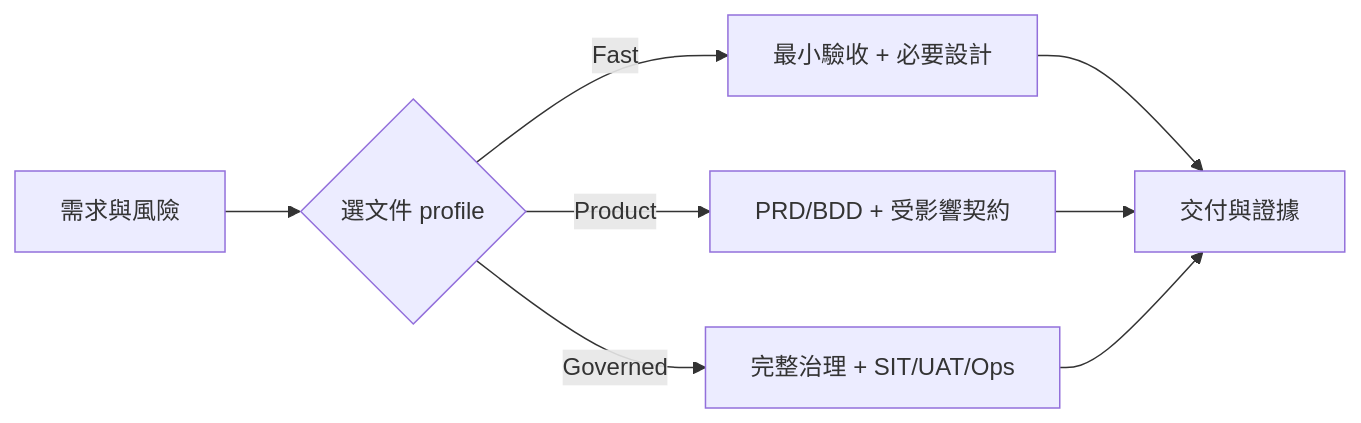
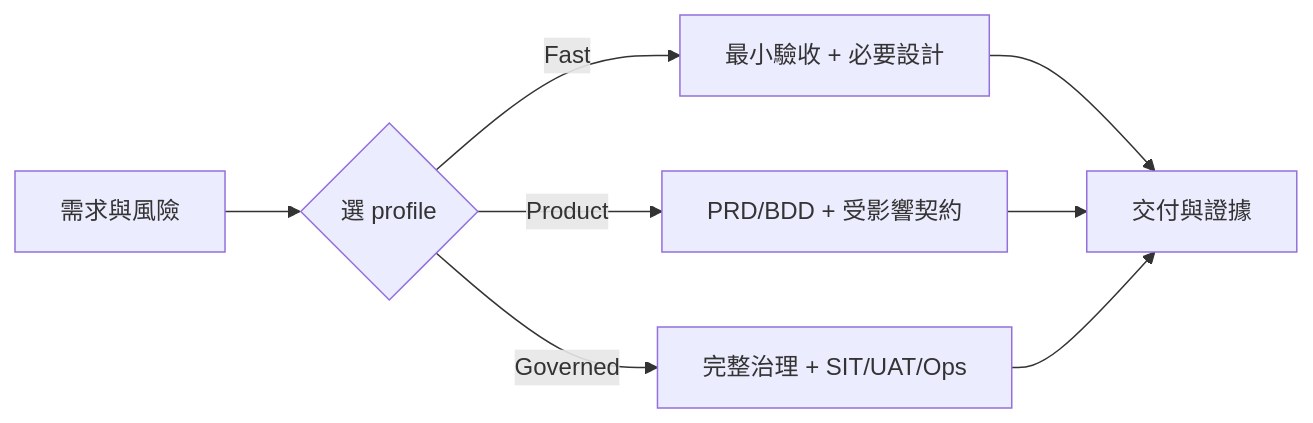
Before and after one commit to Zenobia000/claude-Godzilla-z: the diagram in VibeCoding_Workflow_Templates/INDEX.md, drawn with Mermaid. The commit also changed other lines of this file and 33 other files, not shown here.

````diff
--- a/VibeCoding_Workflow_Templates/INDEX.md
+++ b/VibeCoding_Workflow_Templates/INDEX.md
@@ -37,10 +29,10 @@
 ```mermaid
 flowchart LR
-    A[需求與風險] --> B{選文件 profile}
+    A[需求與風險] --> B{選 profile}
     B -->|Fast| C[最小驗收 + 必要設計]
     B -->|Product| D[PRD/BDD + 受影響契約]
     B -->|Governed| E[完整治理 + SIT/UAT/Ops]
     C --> F[交付與證據]
     D --> F
     E --> F
 ```
````
